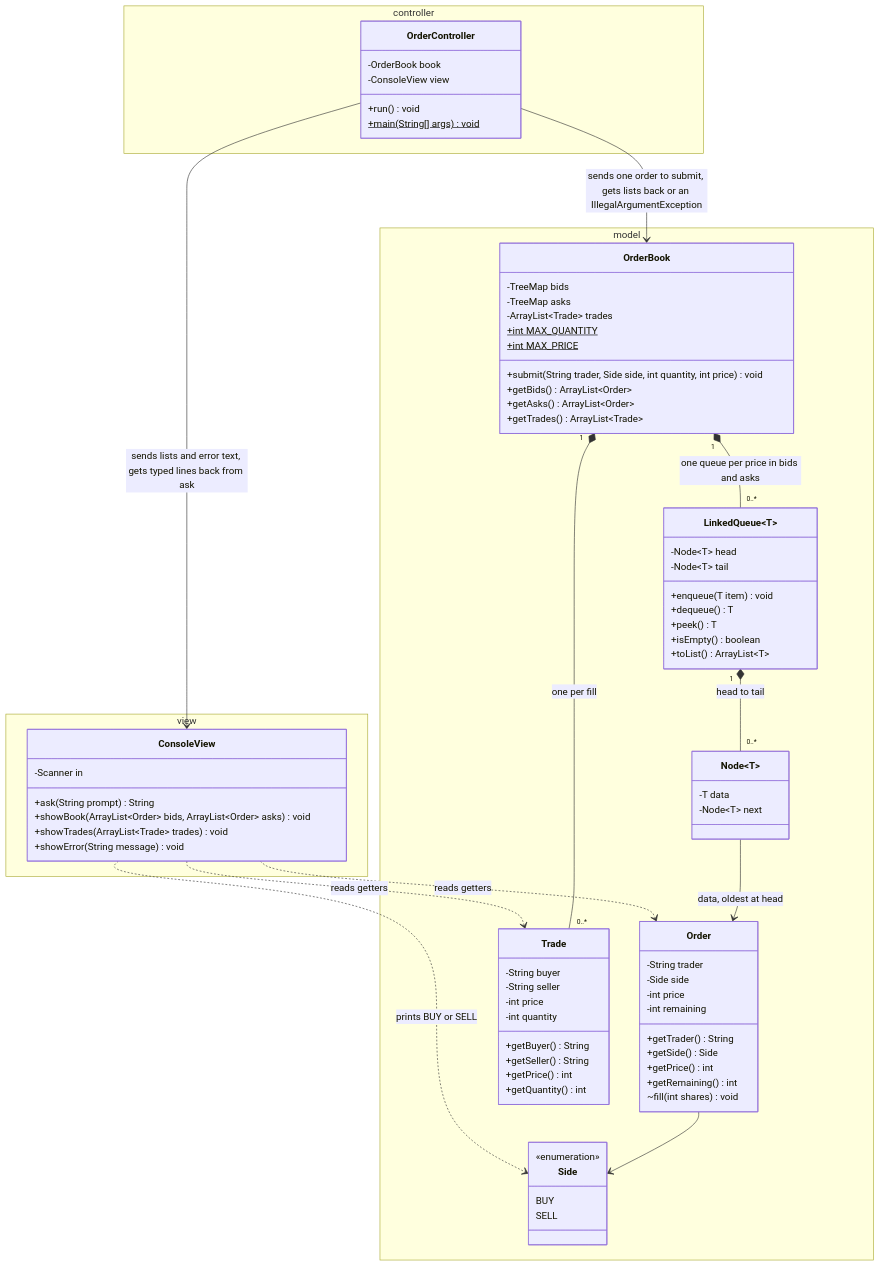
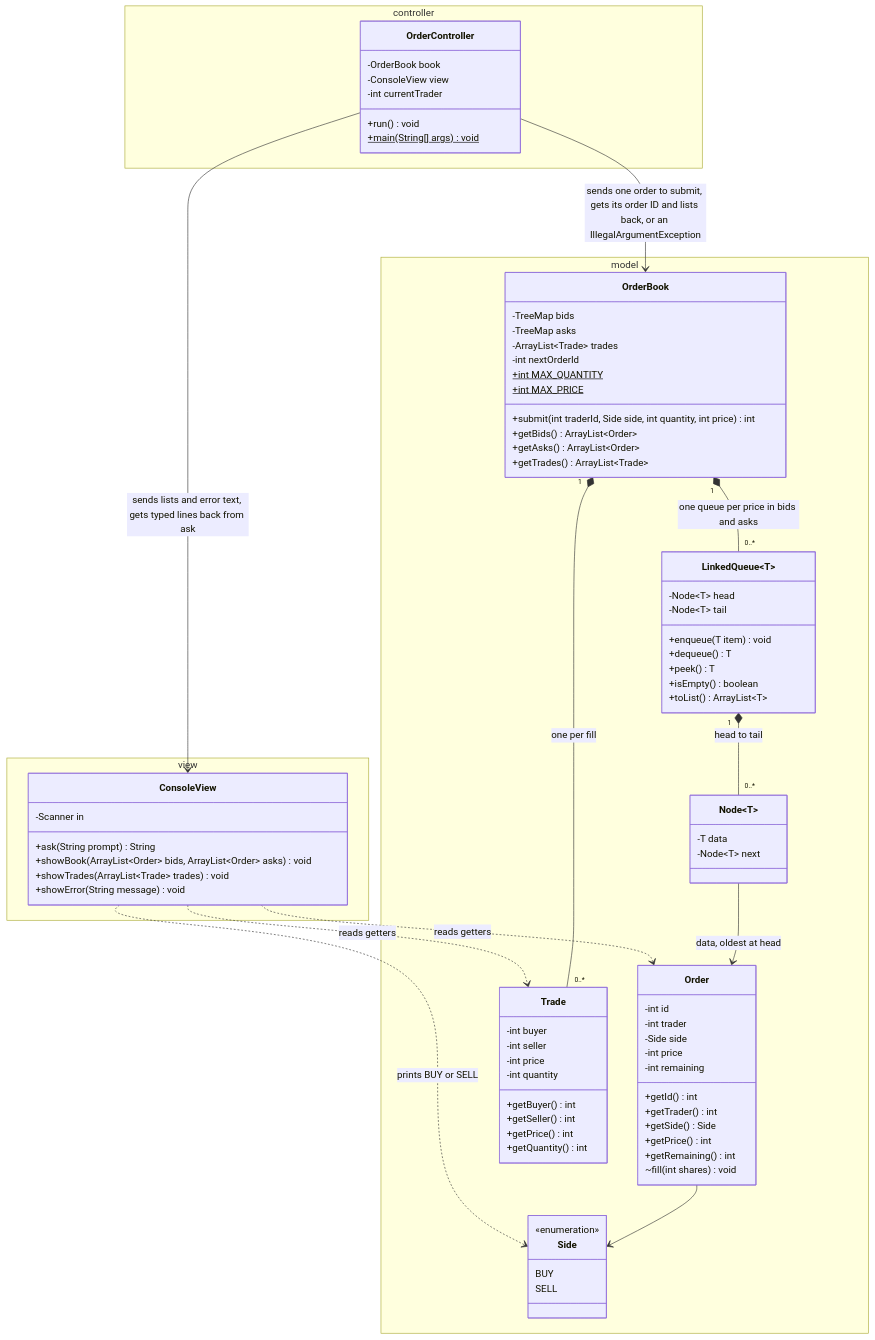
One commit to DRMarcosVT/project-3-group-83 changed the diagram in Preliminary Spec.md. Above: the diagram before and after it, drawn with Mermaid. The commit also changed other lines of this file and 19 other files, not shown here.

```diff
--- a/Preliminary Spec.md
+++ b/Preliminary Spec.md
@@ -36,6 +38,7 @@
         class OrderController {
             -OrderBook book
             -ConsoleView view
+            -int currentTrader
             +run() void
             +main(String[] args) void$
         }
@@ -45,9 +48,10 @@
             -TreeMap bids
             -TreeMap asks
             -ArrayList~Trade~ trades
+            -int nextOrderId
             +int MAX_QUANTITY$
             +int MAX_PRICE$
-            +submit(String trader, Side side, int quantity, int price) void
+            +submit(int traderId, Side side, int quantity, int price) int
             +getBids() ArrayList~Order~
             +getAsks() ArrayList~Order~
             +getTrades() ArrayList~Trade~
@@ -66,23 +70,25 @@
             -Node~T~ next
         }
         class Order {
-            -String trader
+            -int id
+            -int trader
             -Side side
             -int price
             -int remaining
-            +getTrader() String
+            +getId() int
+            +getTrader() int
             +getSide() Side
             +getPrice() int
             +getRemaining() int
             ~fill(int shares) void
         }
         class Trade {
-            -String buyer
-            -String seller
+            -int buyer
+            -int seller
             -int price
             -int quantity
-            +getBuyer() String
-            +getSeller() String
+            +getBuyer() int
+            +getSeller() int
             +getPrice() int
             +getQuantity() int
         }
@@ -93,7 +99,7 @@
         }
     }
     OrderController --> ConsoleView : sends lists and error text, gets typed lines back from ask
-    OrderController --> OrderBook : sends one order to submit, gets lists back or an IllegalArgumentException
+    OrderController --> OrderBook : sends one order to submit, gets its order ID and lists back, or an IllegalArgumentException
     ConsoleView ..> Order : reads getters
     ConsoleView ..> Trade : reads getters
     ConsoleView ..> Side : prints BUY or SELL
```
